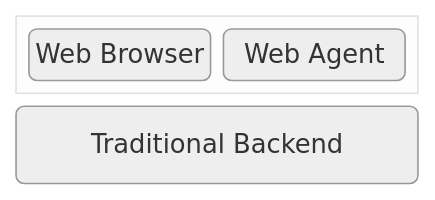
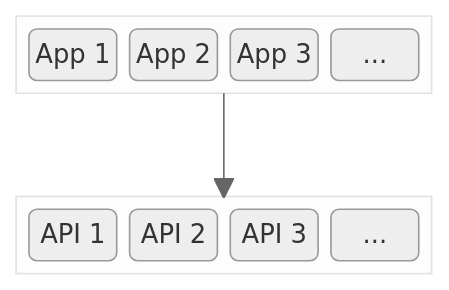
One commit to MagicIdentity/Developers changed the second of 2 diagrams in docs/start/concepts/whatis.md. Above: the diagram before and after it, drawn with Mermaid (neutral theme). The commit also changed other lines of this file and 3 other files, not shown here.

Commit message:
Better explanation of what a web agent is

````diff
--- a/docs/start/concepts/whatis.md
+++ b/docs/start/concepts/whatis.md
@@ -30,9 +29,18 @@
 ```mermaid
 block-beta
     columns 1
-    block
-      id1("Web Browser")
-      id2("Web Agent")
+    block:wb
+        wb1("App 1")
+        wb2("App 2")
+        wb3("App 3")
+        wb4("...")
     end
-    id3("Traditional Backend")
+    space
+    block:wa
+        wa1("API 1")
+        wa2("API 2")
+        wa3("API 3")
+        wa4("...")
+    end
+    wb --> wa
 ```
````
